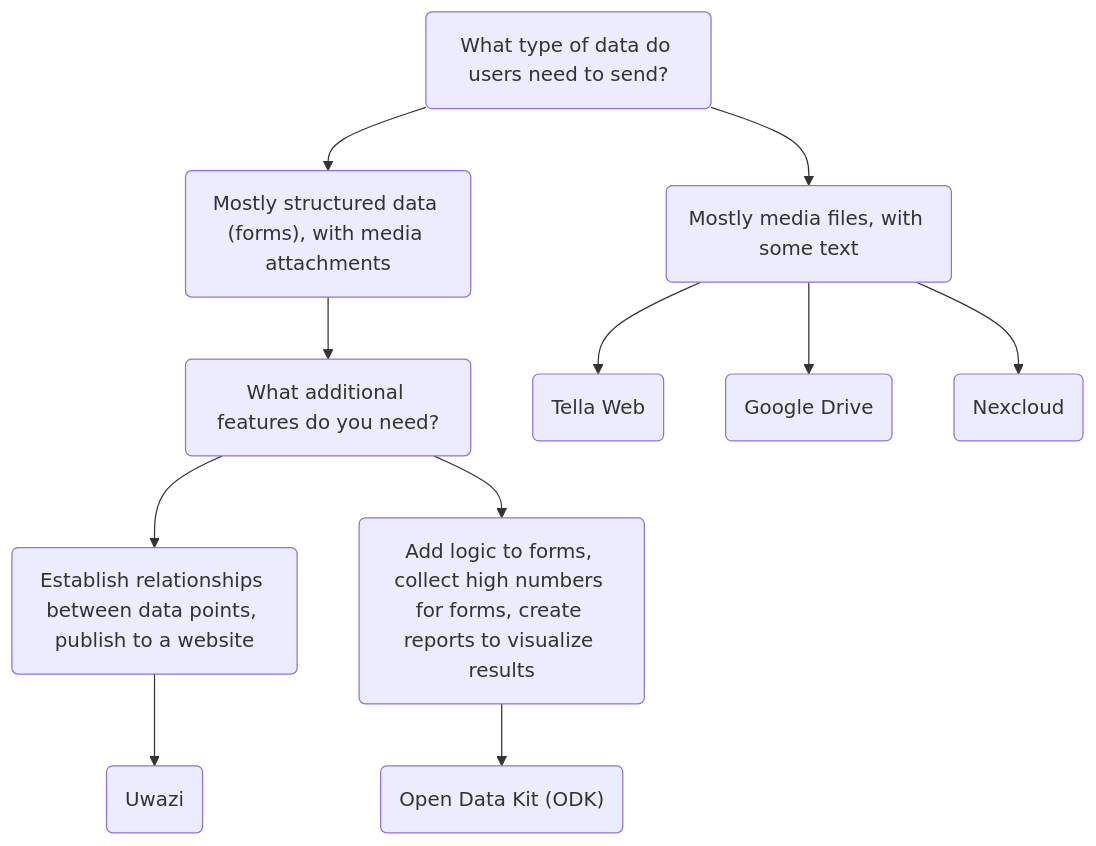
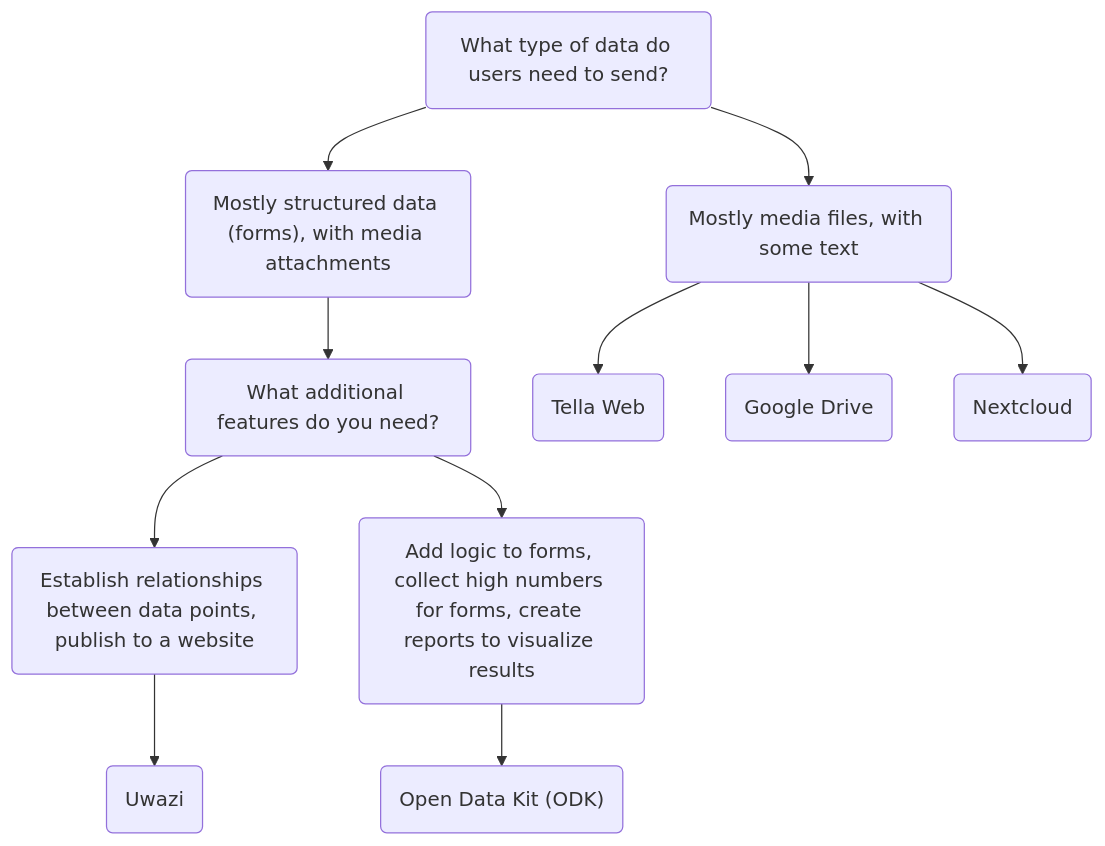
One commit to Horizontal-org/Tella-website changed the diagram in docs/For organizations/overview.md. Above: the diagram before and after it, drawn with Mermaid. The commit also changed other lines of this file and 12 other files, not shown here.

````diff
--- a/docs/For organizations/overview.md
+++ b/docs/For organizations/overview.md
@@ -32,13 +32,13 @@
 ```mermaid
 graph TD;
     id1(What type of data do users need to send?) --> id2("Mostly structured data (forms), with media attachments");
     id1 --> id3("Mostly media files, with some text") ;
     id2 --> id4("What additional features do you need?");
     id3 --> id5("Tella Web");
     id3 --> id11("Google Drive");
-    id3 --> id12("Nexcloud");
+    id3 --> id12("Nextcloud");
     id4 --> id6("Establish relationships between data points, publish to a website")
     id4 --> id7("Add logic to forms, collect high numbers for forms, create reports to visualize results")
     id6 --> id8("Uwazi")
     id7 --> id9("Open Data Kit (ODK)")
 ```
````
